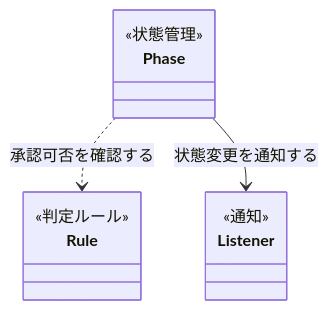
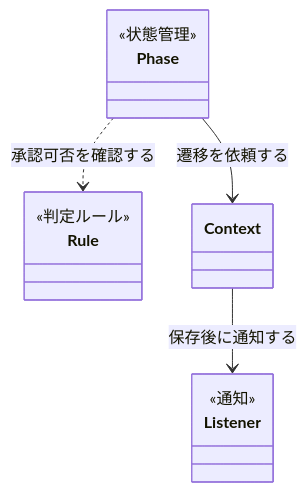
Before and after one commit to kumachan1101-pixel/DesignPattern: diagram 15 of 17 in kindle/design-patterns/output/chapter12.md, drawn with Mermaid. The commit also changed other lines of this file and 18 other files, not shown here.

````diff
--- a/kindle/design-patterns/output/chapter12.md
+++ b/kindle/design-patterns/output/chapter12.md
@@ -2449,8 +2644,9 @@
 ```mermaid
 classDiagram
     class Phase { <<状態管理>> }
     class Listener { <<通知>> }
     class Rule { <<判定ルール>> }
     Phase ..> Rule : 承認可否を確認する
-    Phase --> Listener : 状態変更を通知する
+    Phase --> Context : 遷移を依頼する
+    Context --> Listener : 保存後に通知する
 ```
````
